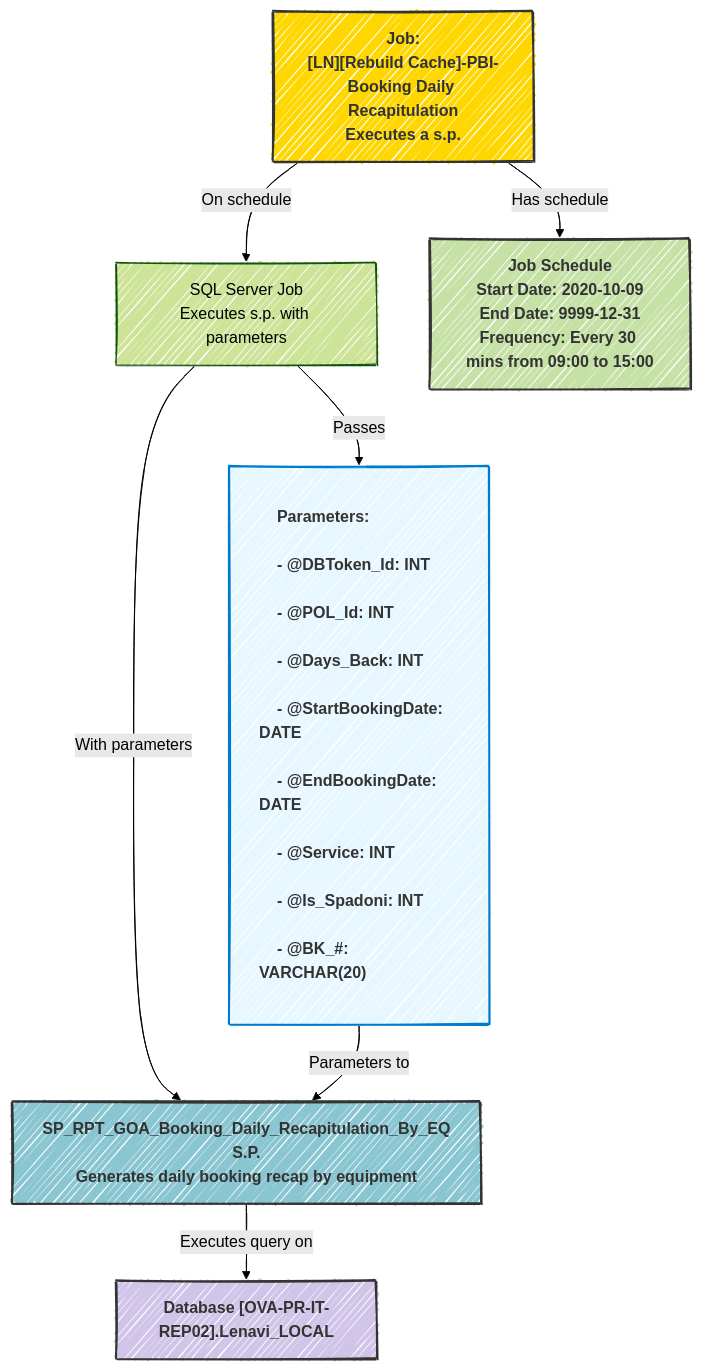
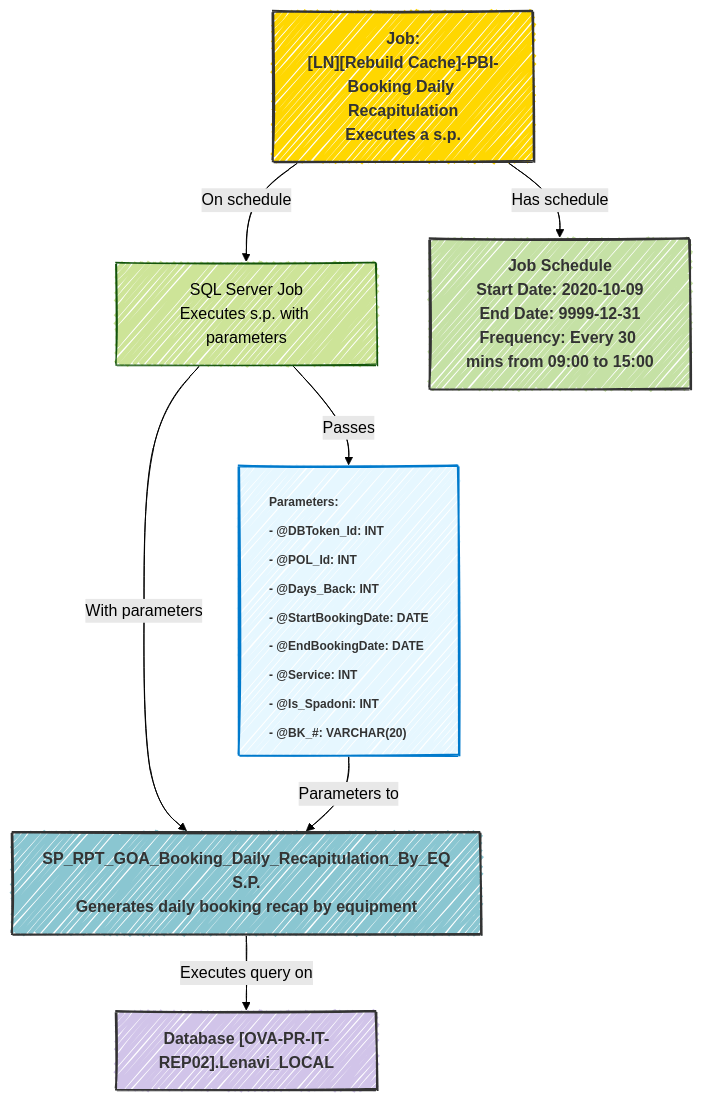
Before and after one commit to grellag/Project_Python: the diagram in Booking_Daily_Recapitulation_By_EQ/Job_Exec_SP.md, drawn with Mermaid.

Commit message:
Set font in Parameter Node

````diff
--- a/Booking_Daily_Recapitulation_By_EQ/Job_Exec_SP.md
+++ b/Booking_Daily_Recapitulation_By_EQ/Job_Exec_SP.md
@@ -11,53 +11,53 @@
 ```mermaid
 ---
 config:
   look: handDrawn
   theme: forest
   layout: dagre
 ---
 flowchart TB
     %% Definisci una classe personalizzata per il nodo parameters
     classDef parametersStyle fill:#e6f7ff,stroke:#007acc,stroke-width:2px,color:#333,font-weight:bold;
     classDef jobStyle fill:#FFD700,stroke:#333,stroke-width:2px,color:#333,font-weight:bold;
     classDef storedProcStyle fill:#8AC6D1,stroke:#333,stroke-width:2px,color:#333,font-weight:bold;
     classDef databaseStyle fill:#D1C4E9,stroke:#333,stroke-width:2px,color:#333,font-weight:bold;
     classDef scheduleStyle fill:#C5E1A5,stroke:#333,stroke-width:2px,color:#333,font-weight:bold;
 
     job["Job:<br>[LN][Rebuild Cache]-PBI-Booking Daily Recapitulation<br>Executes a s.p."]
 
     sql_job["SQL Server Job<br>Executes s.p. with parameters"]
 
     schedule["Job Schedule<br><b>Start Date:</b> 2020-10-09<br><b>End Date:</b> 9999-12-31<br><b>Frequency:</b> Every 30 mins from 09:00 to 15:00"]
 
     db["Database [OVA-PR-IT-REP02].Lenavi_LOCAL"]
 
     stored_proc["SP_RPT_GOA_Booking_Daily_Recapitulation_By_EQ<br>S.P.<br>Generates daily booking recap by equipment"]
 
-    %% Simula l'allineamento a sinistra utilizzando <div> con text-align:left
-    parameters["<div style='text-align:left'>
+    %% Nodo parameters con font ridotto e allineamento a sinistra
+    parameters["<div style='text-align:left; font-size:12px; line-height:1.2;'>
     Parameters:<br>
     - @DBToken_Id: INT<br>
     - @POL_Id: INT<br>
     - @Days_Back: INT<br>
     - @StartBookingDate: DATE<br>
     - @EndBookingDate: DATE<br>
     - @Service: INT<br>
     - @Is_Spadoni: INT<br>
     - @BK_#: VARCHAR(20)
     </div>"]
 
     %% Applica lo stile personalizzato al nodo parameters
     class parameters parametersStyle;
     %% Applica gli stili personalizzati ai nodi specifici
     class job jobStyle;
     class stored_proc storedProcStyle;
     class db databaseStyle;
     class schedule scheduleStyle;
 
     job         -->     |On schedule|sql_job
     sql_job     -->     |With parameters|stored_proc
     stored_proc -->     |Executes query on|db
     job -->|Has schedule| schedule
     sql_job -->|Passes| parameters
     parameters -->|Parameters to| stored_proc
 ```
````
